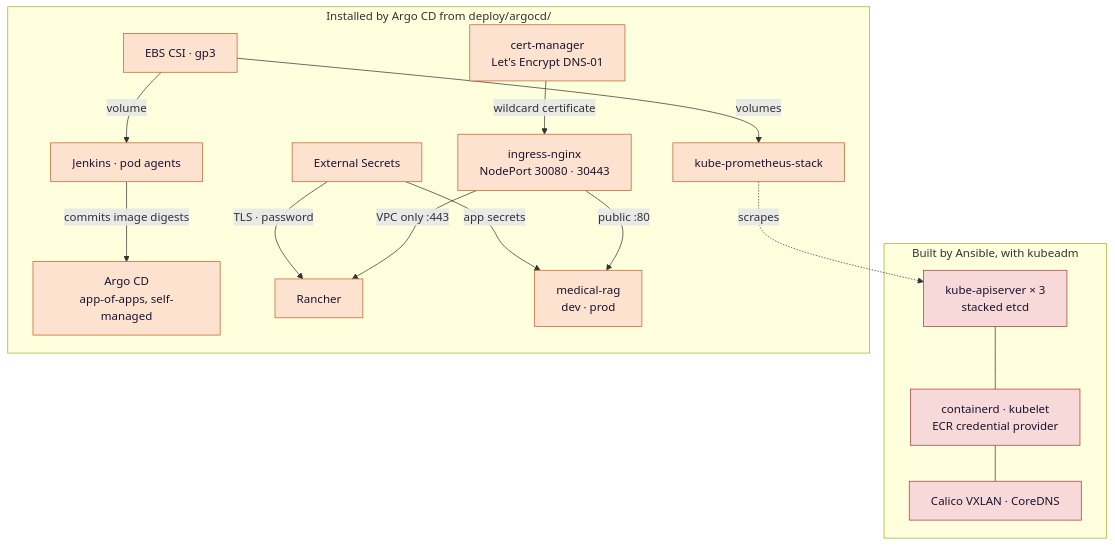
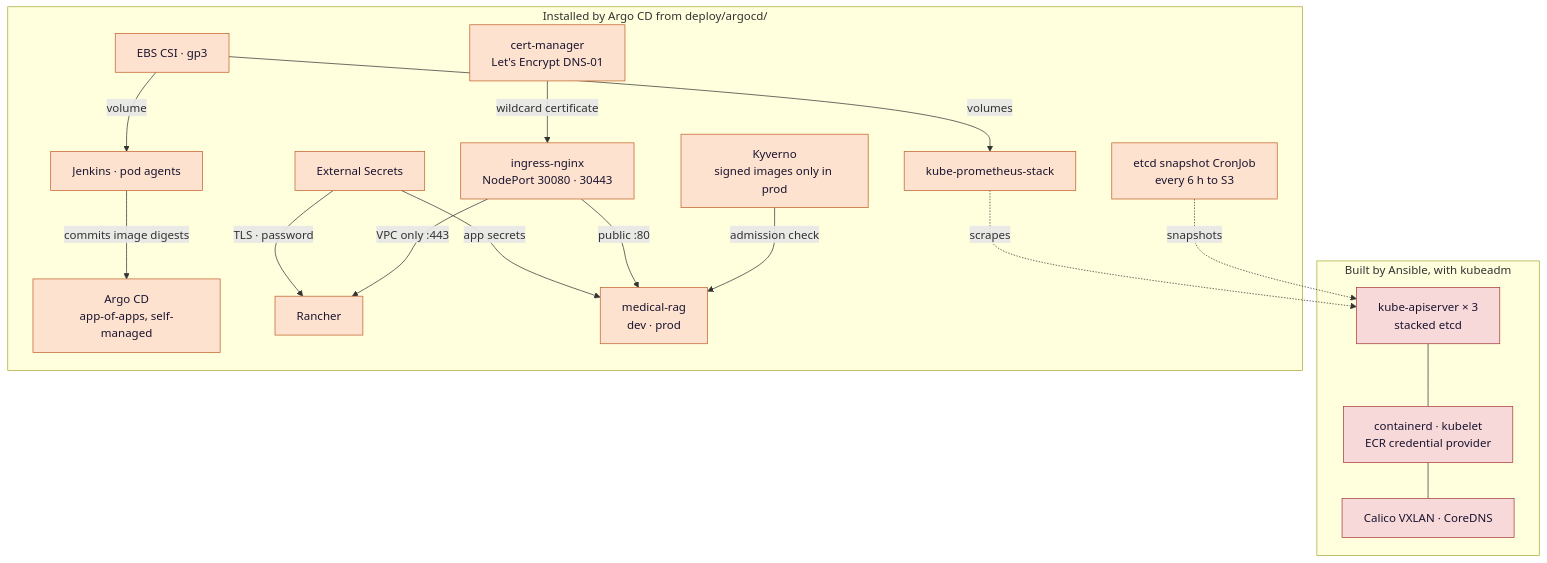
The second of 3 diagrams in README.md (biabeogo147/Medical-RAG-Chatbot), drawn with Mermaid before and after one commit. The commit also changed other lines of this file and 6 other files, not shown here.

````diff
--- a/README.md
+++ b/README.md
@@ -93,36 +101,40 @@
 ```mermaid
 flowchart TB
     subgraph ANS["Built by Ansible, with kubeadm"]
         CP["kube-apiserver × 3<br/>stacked etcd"]
         RT["containerd · kubelet<br/>ECR credential provider"]
         CNI["Calico VXLAN · CoreDNS"]
     end
 
     subgraph GIT["Installed by Argo CD from deploy/argocd/"]
         ARGO["Argo CD<br/>app-of-apps, self-managed"]
         ING["ingress-nginx<br/>NodePort 30080 · 30443"]
         CSI["EBS CSI · gp3"]
         ESO["External Secrets"]
         CM["cert-manager<br/>Let's Encrypt DNS-01"]
         MON["kube-prometheus-stack"]
         RAN["Rancher"]
         JK["Jenkins · pod agents"]
         APP["medical-rag<br/>dev · prod"]
+        KYV["Kyverno<br/>signed images only in prod"]
+        EB["etcd snapshot CronJob<br/>every 6 h to S3"]
     end
 
     CP --- RT --- CNI
     ESO -->|"app secrets"| APP
     ESO -->|"TLS · password"| RAN
     CM -->|"wildcard certificate"| ING
     CSI -->|"volumes"| MON
     CSI -->|"volume"| JK
     ING -->|"public :80"| APP
     ING -->|"VPC only :443"| RAN
     MON -.->|"scrapes"| CP
     JK -->|"commits image digests"| ARGO
+    KYV -->|"admission check"| APP
+    EB -.->|"snapshots"| CP
 
     classDef ans fill:#f7d9d9,stroke:#a63b3b,color:#1b1430;
     classDef argo fill:#fde3cf,stroke:#c2602a,color:#1b1430;
     class CP,RT,CNI ans
-    class ARGO,ING,CSI,ESO,CM,MON,RAN,JK,KYV,APP argo
+    class ARGO,ING,CSI,ESO,CM,MON,RAN,JK,KYV,EB,APP argo
 ```
````
